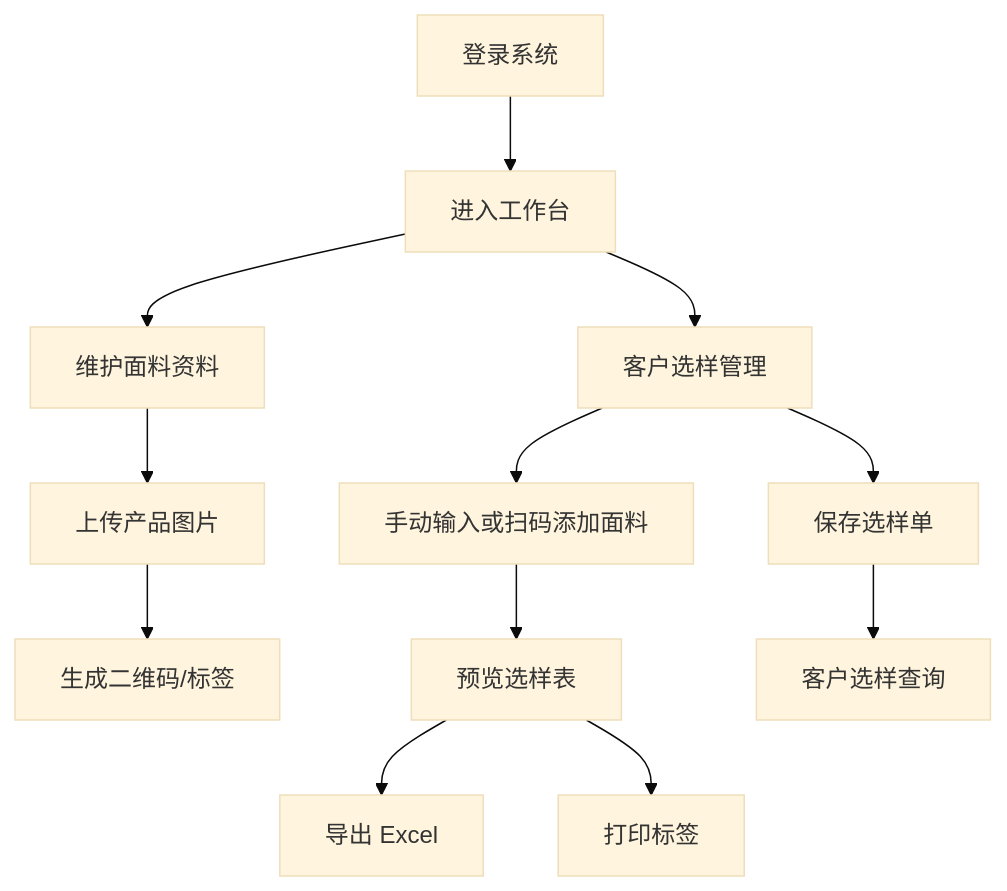
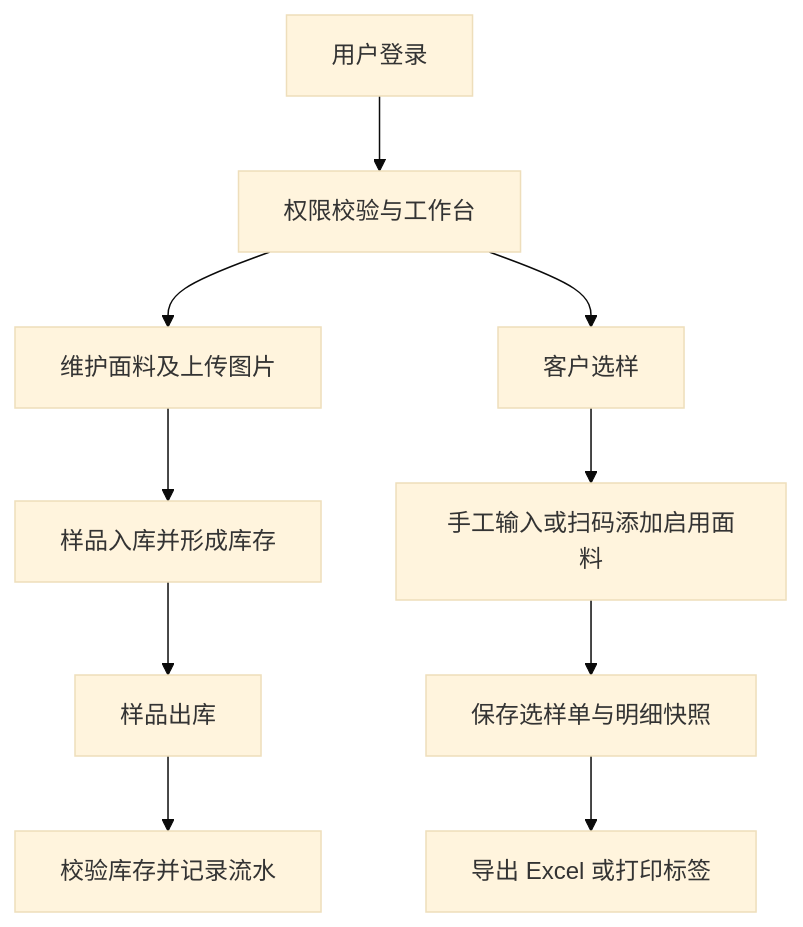
The diagram in .trae/documents/敏群商贸ERP_PRD.md (zhoushu44/111), drawn with Mermaid (base theme) before and after one commit. The commit also changed other lines of this file and 70 other files, not shown here.

````diff
--- a/.trae/documents/敏群商贸ERP_PRD.md
+++ b/.trae/documents/敏群商贸ERP_PRD.md
@@ -66,14 +57,12 @@
 ```mermaid
 flowchart TD
-  A["登录系统"] --> B["进入工作台"]
-  B --> C["维护面料资料"]
-  C --> D["上传产品图片"]
-  D --> E["生成二维码/标签"]
-  B --> F["客户选样管理"]
-  F --> G["手动输入或扫码添加面料"]
-  G --> H["预览选样表"]
-  H --> I["导出 Excel"]
-  H --> J["打印标签"]
-  F --> K["保存选样单"]
-  K --> L["客户选样查询"]
+  A["用户登录"] --> B["权限校验与工作台"]
+  B --> C["维护面料及上传图片"]
+  C --> D["样品入库并形成库存"]
+  B --> E["客户选样"]
+  E --> F["手工输入或扫码添加启用面料"]
+  F --> G["保存选样单与明细快照"]
+  G --> H["导出 Excel 或打印标签"]
+  D --> I["样品出库"]
+  I --> J["校验库存并记录流水"]
 ```
````
